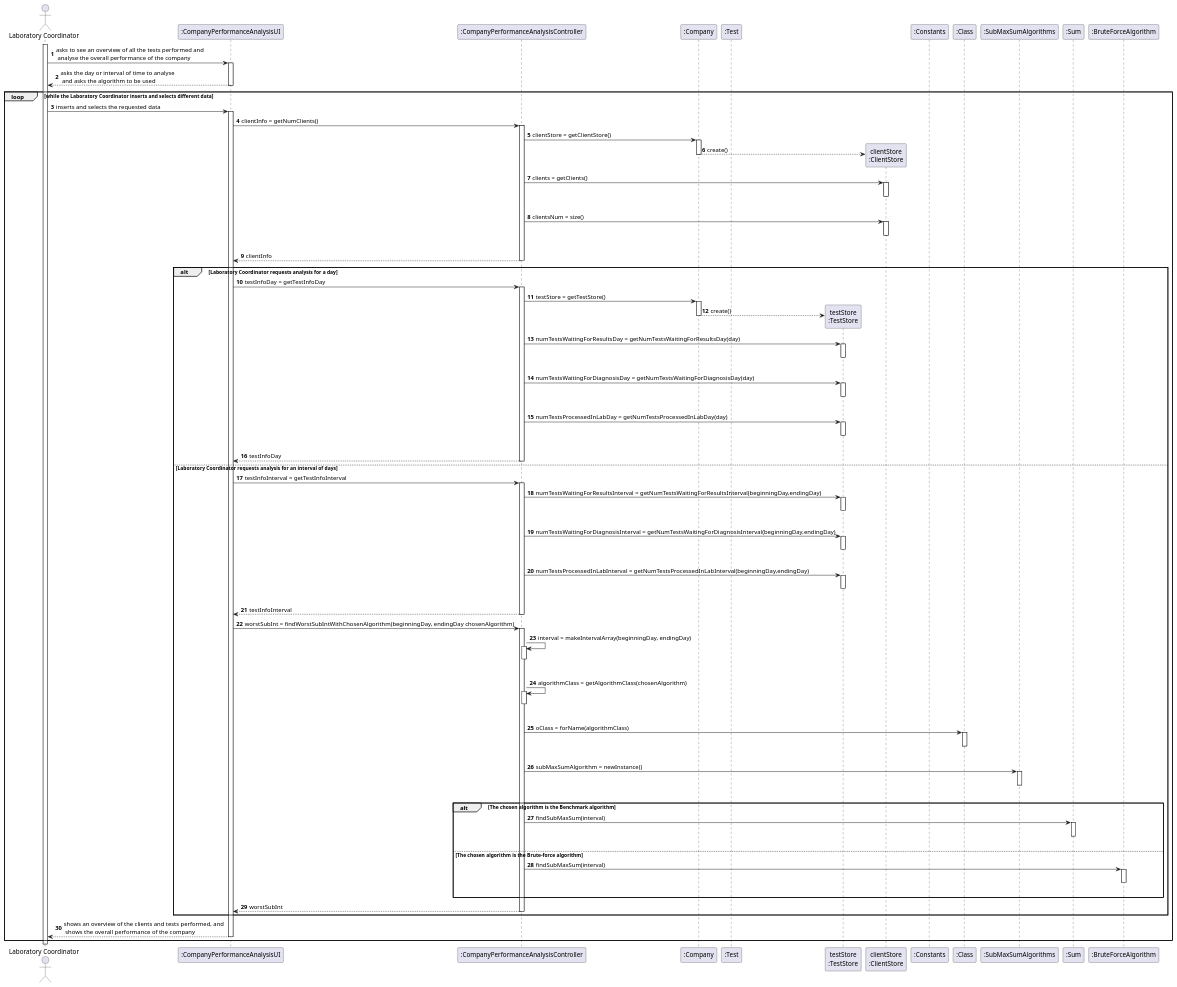
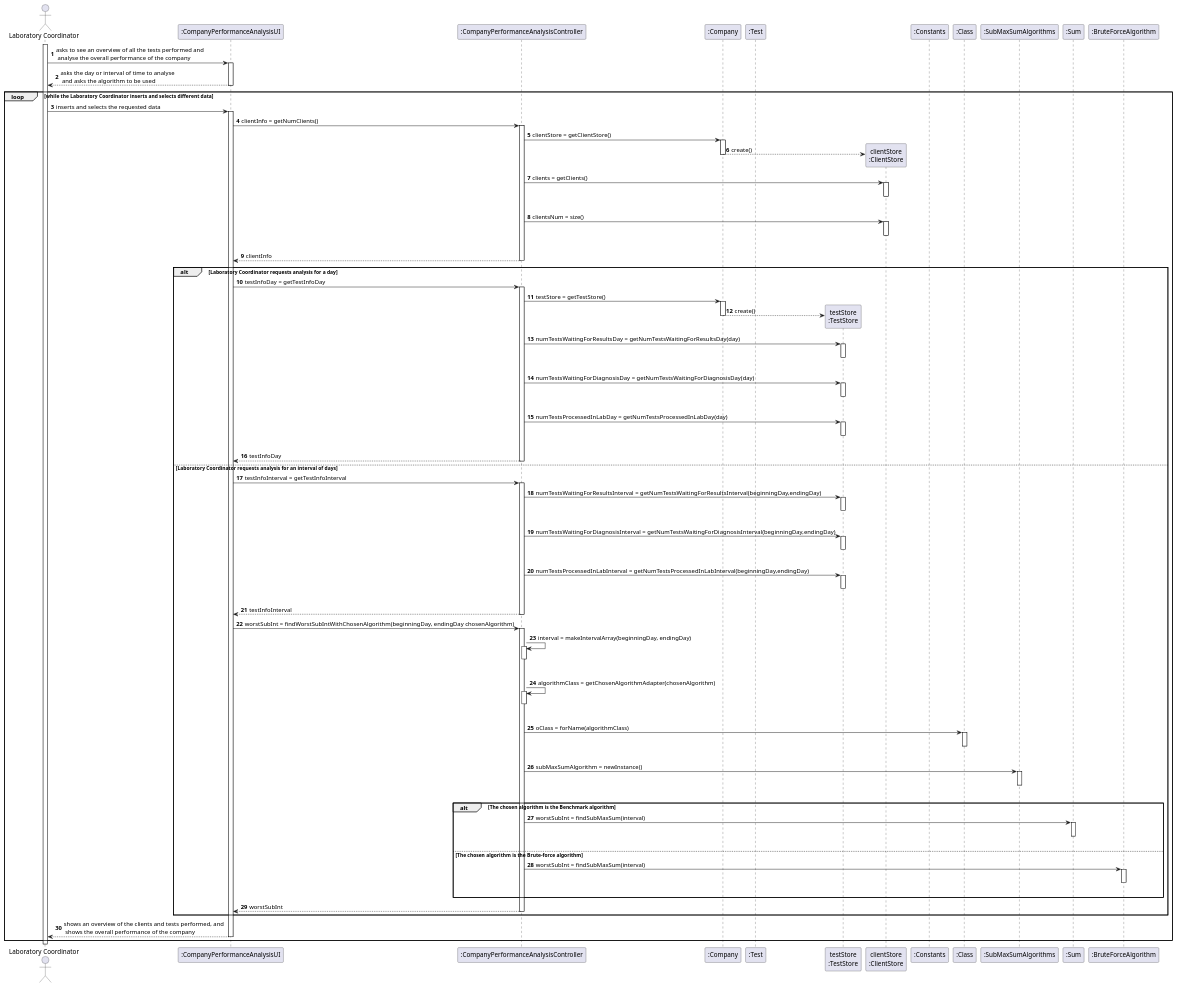
One commit to ana-albergaria/LAPR2-ISEP changed the diagram in docs/SprintD/US_16/US16_SD.puml. Above: the diagram before and after it, drawn with PlantUML. The commit also changed 8 other files, not shown here.

Commit message:
Updated US16 Diagrams and US16 Code.

```diff
--- a/docs/SprintD/US_16/US16_SD.puml
+++ b/docs/SprintD/US_16/US16_SD.puml
@@ -1,140 +1,140 @@
 @startuml
 autonumber
 actor "Laboratory Coordinator" as LC
 
 participant ":CompanyPerformanceAnalysisUI" as UI
 participant ":CompanyPerformanceAnalysisController" as CTRL
 participant ":Company" as CMP
 participant ":Test" as TST
 participant "testStore\n:TestStore" as TSTSTORE
 participant "clientStore\n:ClientStore" as CLTSTORE
 participant ":Constants" as CST
 participant ":Class" as CL
 participant ":SubMaxSumAlgorithms" as SMSA
 participant ":Sum" as SUM
 participant ":BruteForceAlgorithm" as BFA
 
 activate LC
 LC -> UI : asks to see an overview of all the tests performed and \n analyse the overall performance of the company
 activate UI
 UI --> LC : asks the day or interval of time to analyse \n and asks the algorithm to be used
 deactivate UI
 
 loop while the Laboratory Coordinator inserts and selects different data
 LC -> UI : inserts and selects the requested data
 activate UI
 
 UI -> CTRL : clientInfo = getNumClients()
 activate CTRL
 
 CTRL -> CMP : clientStore = getClientStore()
 activate CMP
 CMP --> CLTSTORE** : create()
 deactivate CMP
 CTRL -> CLTSTORE : clients = getClients()
 activate CLTSTORE
 |||
 deactivate CLTSTORE
 CTRL -> CLTSTORE : clientsNum = size()
 activate CLTSTORE
 |||
 deactivate CLTSTORE
 
 CTRL --> UI : clientInfo
 deactivate CTRL
 
 alt Laboratory Coordinator requests analysis for a day
 
 UI -> CTRL : testInfoDay = getTestInfoDay
 activate CTRL
 
 CTRL -> CMP : testStore = getTestStore()
 activate CMP
 CMP --> TSTSTORE** : create()
 deactivate CMP
 CTRL -> TSTSTORE : numTestsWaitingForResultsDay = getNumTestsWaitingForResultsDay(day)
 activate TSTSTORE
 |||
 deactivate TSTSTORE
 CTRL -> TSTSTORE : numTestsWaitingForDiagnosisDay = getNumTestsWaitingForDiagnosisDay(day)
 activate TSTSTORE
 |||
 deactivate TSTSTORE
 CTRL -> TSTSTORE : numTestsProcessedInLabDay = getNumTestsProcessedInLabDay(day)
 activate TSTSTORE
 |||
 deactivate TSTSTORE
 
 CTRL --> UI : testInfoDay
 deactivate CTRL
 
 else Laboratory Coordinator requests analysis for an interval of days
 
 UI -> CTRL : testInfoInterval = getTestInfoInterval
 activate CTRL
 
 CTRL -> TSTSTORE : numTestsWaitingForResultsInterval = getNumTestsWaitingForResultsInterval(beginningDay,endingDay)
 activate TSTSTORE
 |||
 deactivate TSTSTORE
 CTRL -> TSTSTORE : numTestsWaitingForDiagnosisInterval = getNumTestsWaitingForDiagnosisInterval(beginningDay,endingDay)
 activate TSTSTORE
 |||
 deactivate TSTSTORE
 CTRL -> TSTSTORE : numTestsProcessedInLabInterval = getNumTestsProcessedInLabInterval(beginningDay,endingDay)
 activate TSTSTORE
 |||
 deactivate TSTSTORE
 
 CTRL --> UI : testInfoInterval
 deactivate CTRL
 
 UI -> CTRL : worstSubInt = findWorstSubIntWithChosenAlgorithm(beginningDay, endingDay chosenAlgorithm)
 activate CTRL
 
 CTRL -> CTRL : interval = makeIntervalArray(beginningDay, endingDay)
 activate CTRL
 |||
 deactivate CTRL
 
-CTRL -> CTRL : algorithmClass = getAlgorithmClass(chosenAlgorithm)
+CTRL -> CTRL : algorithmClass = getChosenAlgorithmAdapter(chosenAlgorithm)
 activate CTRL
 |||
 deactivate CTRL
 
 CTRL -> CL : oClass = forName(algorithmClass)
 activate CL
 |||
 deactivate CL
 
 CTRL -> SMSA : subMaxSumAlgorithm = newInstance()
 activate SMSA
 |||
 deactivate SMSA
 
 alt The chosen algorithm is the Benchmark algorithm
 
-CTRL -> SUM : findSubMaxSum(interval)
+CTRL -> SUM : worstSubInt = findSubMaxSum(interval)
 activate SUM
 |||
 deactivate SUM
 
 else The chosen algorithm is the Brute-force algorithm
 
-CTRL -> BFA : findSubMaxSum(interval)
+CTRL -> BFA : worstSubInt = findSubMaxSum(interval)
 activate BFA
 |||
 deactivate BFA
 
 end
 
 CTRL --> UI : worstSubInt
 deactivate CTRL
 
 end
 
 UI --> LC : shows an overview of the clients and tests performed, and \n shows the overall performance of the company
 deactivate UI
 end
 
 @enduml
```
